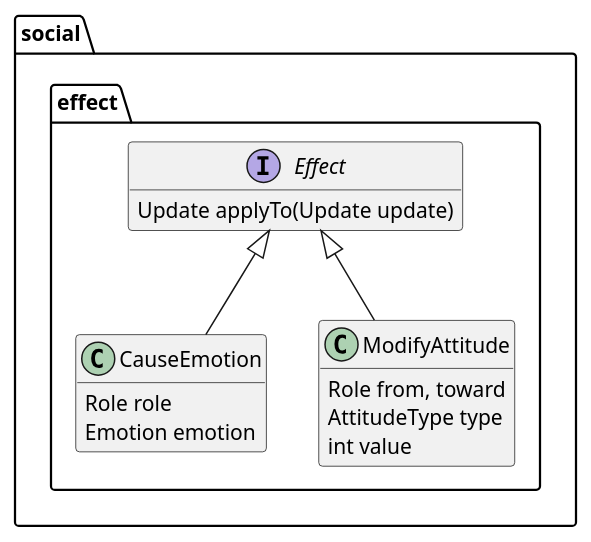
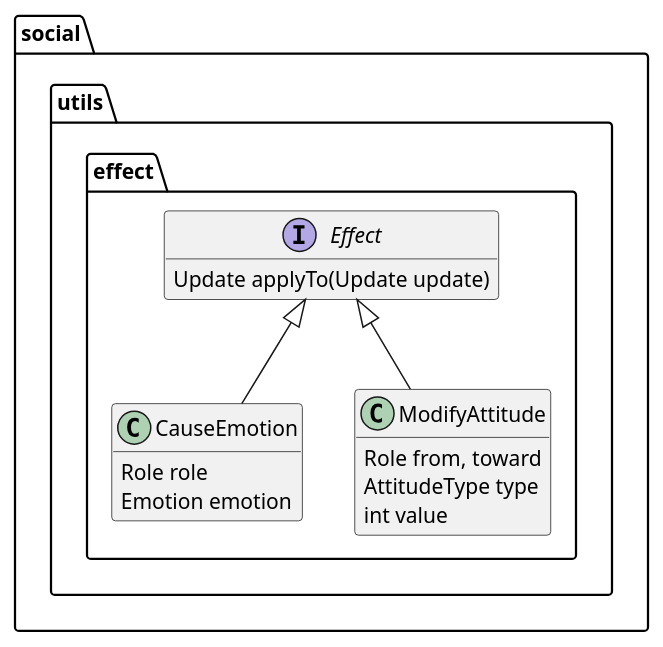
Before and after one commit to Orchaldir/SocialSimulation: the diagram in doc/design/effect.puml, drawn with PlantUML. The commit also changed 25 other files, not shown here.

Commit message:
[#11] Rename package utility to utils

```diff
--- a/doc/design/effect.puml
+++ b/doc/design/effect.puml
@@ -1,32 +1,28 @@
 @startuml
 
 hide empty members
 
-package social {
-
-package effect {
+package social.utils.effect {
 
 interface Effect {
   Update applyTo(Update update)
 }
 
 class CauseEmotion {
   Role role
   Emotion emotion
 }
 
 class ModifyAttitude {
   Role from, toward
   AttitudeType type
   int value
 }
 
 }
 
-}
-
 Effect <|-- CauseEmotion
 Effect <|-- ModifyAttitude
 
 
 @enduml
```
